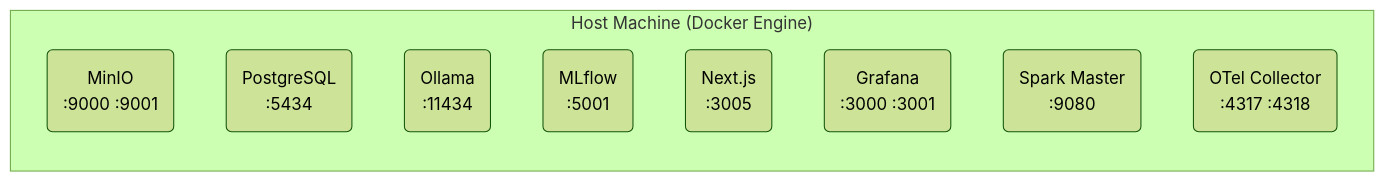
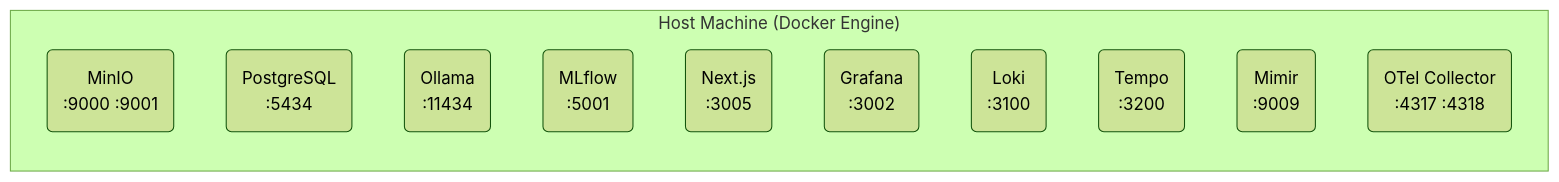
The third of 7 diagrams in README.md (BugMentor/sdet-agent), drawn with Mermaid (forest theme) before and after one commit. The commit also changed other lines of this file, not shown here.

Commit message:
docs: update infrastructure architecture to LGTM

````diff
--- a/README.md
+++ b/README.md
@@ -112,14 +112,16 @@
 ```mermaid
 graph TD
     subgraph Host["Host Machine (Docker Engine)"]
         direction TB
         MinIO("MinIO<br/>:9000 :9001")
         Postgres("PostgreSQL<br/>:5434")
         Ollama("Ollama<br/>:11434")
         MLflow("MLflow<br/>:5001")
         Web("Next.js<br/>:3005")
-        Grafana("Grafana<br/>:3000 :3001")
-        Spark("Spark Master<br/>:9080")
+        Grafana("Grafana<br/>:3002")
+        Loki("Loki<br/>:3100")
+        Tempo("Tempo<br/>:3200")
+        Mimir("Mimir<br/>:9009")
         OTel("OTel Collector<br/>:4317 :4318")
     end
 ```
````
